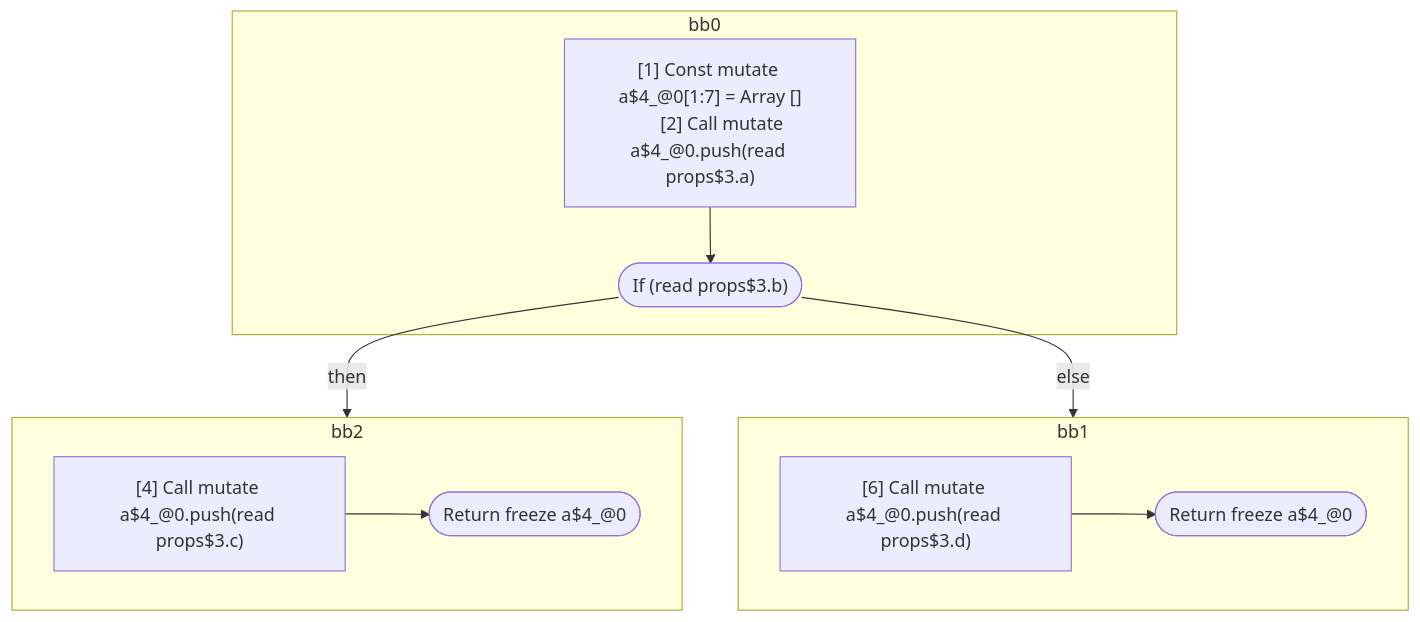
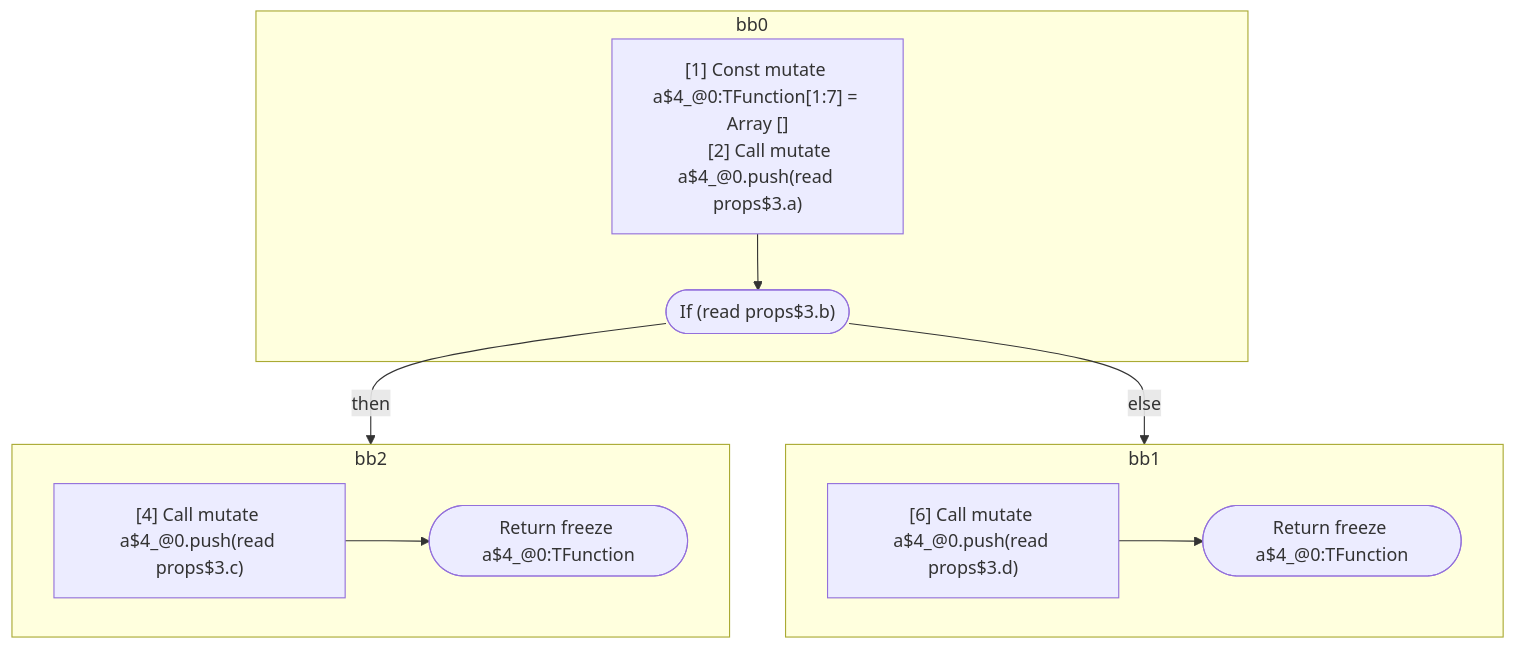
The fourth of 5 diagrams in compiler/forget/src/__tests__/fixtures/hir/conditional-break.expect.md (wutsmog/private), drawn with Mermaid before and after one commit. The commit also changed other lines of this file and 112 other files, not shown here.

````diff
--- a/compiler/forget/src/__tests__/fixtures/hir/conditional-break.expect.md
+++ b/compiler/forget/src/__tests__/fixtures/hir/conditional-break.expect.md
@@ -388,28 +388,28 @@
 ```mermaid
 flowchart TB
   %% Basic Blocks
   subgraph bb0
     bb0_instrs["
-      [1] Const mutate a$4_@0[1:7] = Array []
+      [1] Const mutate a$4_@0:TFunction[1:7] = Array []
       [2] Call mutate a$4_@0.push(read props$3.a)
     "]
     bb0_instrs --> bb0_terminal(["If (read props$3.b)"])
   end
   subgraph bb2
     bb2_instrs["
       [4] Call mutate a$4_@0.push(read props$3.c)
     "]
-    bb2_instrs --> bb2_terminal(["Return freeze a$4_@0"])
+    bb2_instrs --> bb2_terminal(["Return freeze a$4_@0:TFunction"])
   end
   subgraph bb1
     bb1_instrs["
       [6] Call mutate a$4_@0.push(read props$3.d)
     "]
-    bb1_instrs --> bb1_terminal(["Return freeze a$4_@0"])
+    bb1_instrs --> bb1_terminal(["Return freeze a$4_@0:TFunction"])
   end
 
   %% Jumps
   bb0_terminal -- "then" --> bb2
   bb0_terminal -- "else" --> bb1
 
 ```
````
